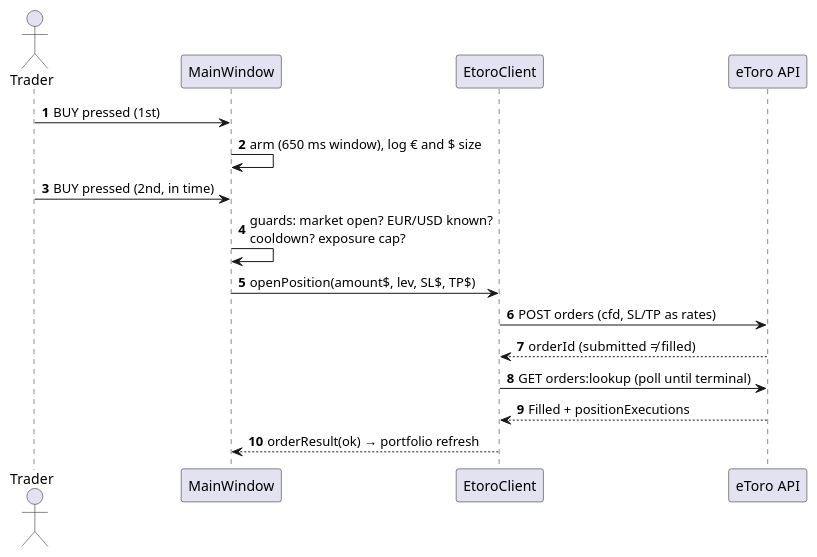
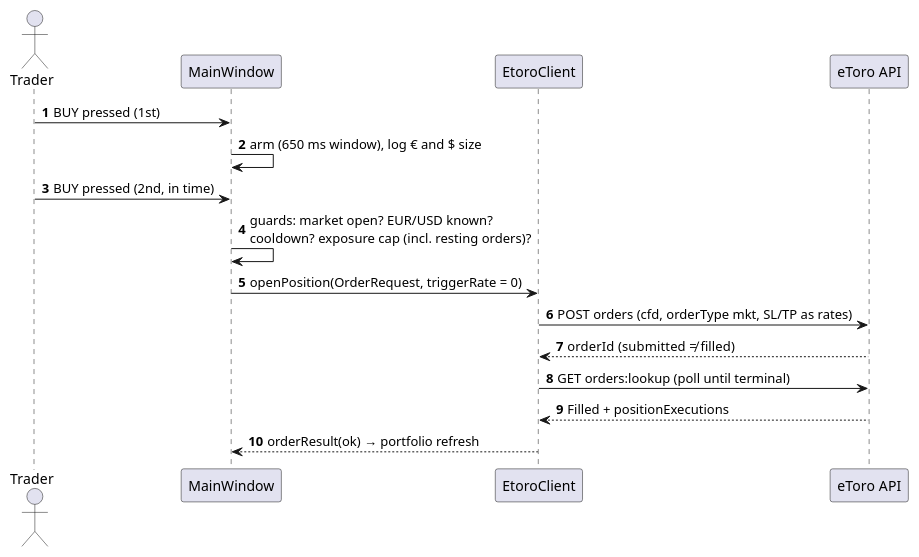
The third of 4 diagrams in docs/architecture.md (MartinSch77/TradingApp), drawn with PlantUML before and after one commit. The commit also changed other lines of this file and 17 other files, not shown here.

```diff
--- a/docs/architecture.md
+++ b/docs/architecture.md
@@ -101,18 +101,18 @@
 @startuml order_flow
 autonumber
 actor Trader
 participant "MainWindow" as MW
 participant "EtoroClient" as EC
 participant "eToro API" as API
 
 Trader -> MW : BUY pressed (1st)
 MW -> MW : arm (650 ms window), log € and $ size
 Trader -> MW : BUY pressed (2nd, in time)
-MW -> MW : guards: market open? EUR/USD known?\ncooldown? exposure cap?
-MW -> EC : openPosition(amount$, lev, SL$, TP$)
-EC -> API : POST orders (cfd, SL/TP as rates)
+MW -> MW : guards: market open? EUR/USD known?\ncooldown? exposure cap (incl. resting orders)?
+MW -> EC : openPosition(OrderRequest, triggerRate = 0)
+EC -> API : POST orders (cfd, orderType mkt, SL/TP as rates)
 API --> EC : orderId (submitted ≠ filled)
 EC -> API : GET orders:lookup (poll until terminal)
 API --> EC : Filled + positionExecutions
 EC --> MW : orderResult(ok) → portfolio refresh
 @enduml
```
